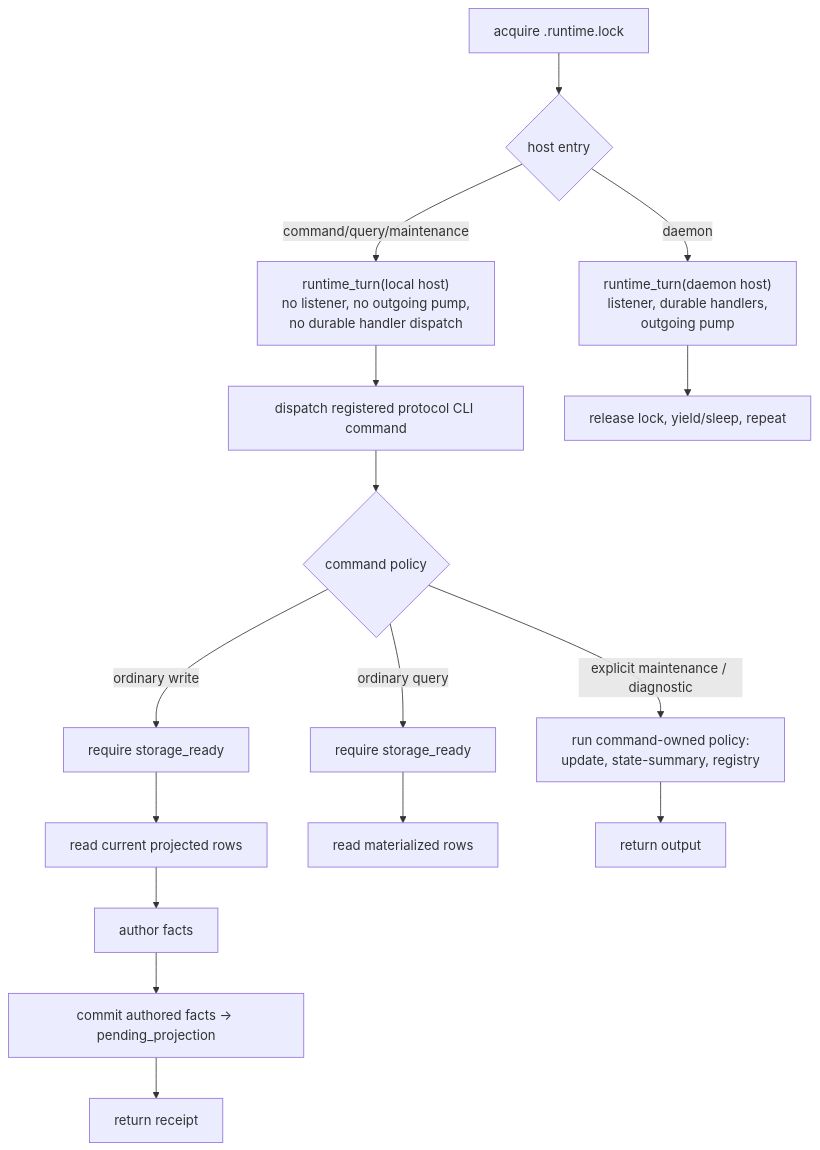
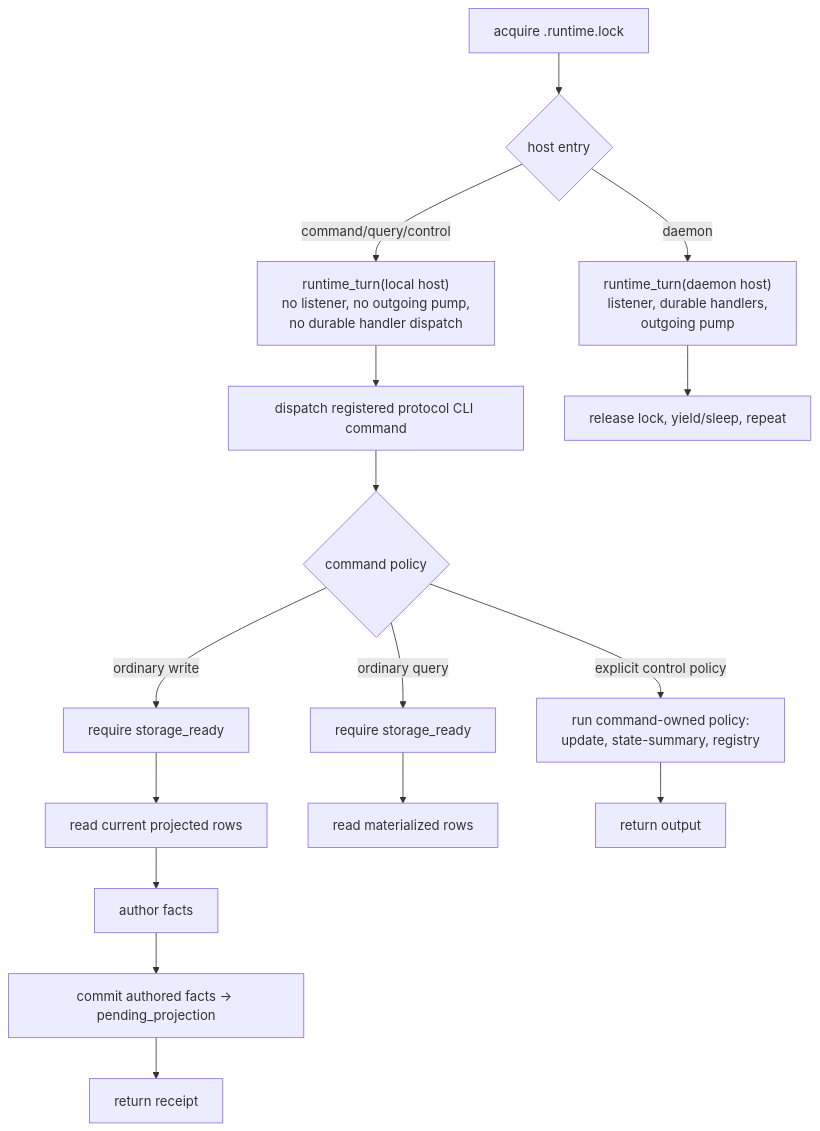
Before and after one commit to holmesworcester/poc-10: the fourth of 10 diagrams in ARCHITECTURE_DIAGRAMS.md, drawn with Mermaid.

Commit message:
Use strict Mermaid edge labels

````diff
--- a/ARCHITECTURE_DIAGRAMS.md
+++ b/ARCHITECTURE_DIAGRAMS.md
@@ -262,25 +262,25 @@
 ```mermaid
 %%{init: {"flowchart": {"wrappingWidth": 300}} }%%
 flowchart TD
     LOCK["acquire <db>.runtime.lock"]
 
     LOCK --> HOST{"host entry"}
-    HOST -- "command/query/maintenance" --> LOCAL_PREFLIGHT["runtime_turn(local host)<br/>no listener, no outgoing pump,<br/>no durable handler dispatch"]
-    HOST -- daemon --> DAEMON_PREFLIGHT["runtime_turn(daemon host)<br/>listener, durable handlers,<br/>outgoing pump"]
+    HOST -->|command/query/control| LOCAL_PREFLIGHT["runtime_turn(local host)<br/>no listener, no outgoing pump,<br/>no durable handler dispatch"]
+    HOST -->|daemon| DAEMON_PREFLIGHT["runtime_turn(daemon host)<br/>listener, durable handlers,<br/>outgoing pump"]
 
     LOCAL_PREFLIGHT --> CLI_DISPATCH["dispatch registered protocol CLI command"]
     CLI_DISPATCH --> CLI_KIND{"command policy"}
-    CLI_KIND -- "ordinary write" --> CMD_READY["require storage_ready"]
+    CLI_KIND -->|ordinary write| CMD_READY["require storage_ready"]
     CMD_READY --> READ_INPUTS["read current projected rows"]
     READ_INPUTS --> AUTHOR["author facts"]
     AUTHOR --> COMMIT_FACTS["commit authored facts -> pending_projection"]
     COMMIT_FACTS --> RECEIPT["return receipt"]
 
-    CLI_KIND -- "ordinary query" --> Q_READY["require storage_ready"]
+    CLI_KIND -->|ordinary query| Q_READY["require storage_ready"]
     Q_READY --> READ["read materialized rows"]
 
-    CLI_KIND -- "explicit maintenance / diagnostic" --> CONTROL["run command-owned policy:<br/>update, state-summary, registry"]
+    CLI_KIND -->|explicit control policy| CONTROL["run command-owned policy:<br/>update, state-summary, registry"]
     CONTROL --> CONTROL_RETURN["return output"]
 
     DAEMON_PREFLIGHT --> DAEMON_LOOP["release lock, yield/sleep, repeat"]
 ```
````
